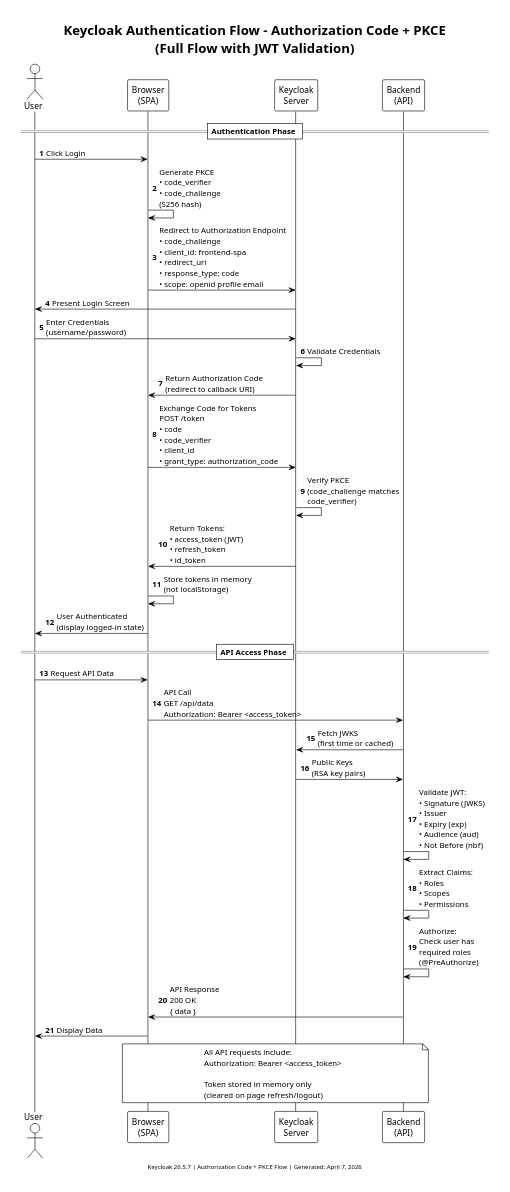
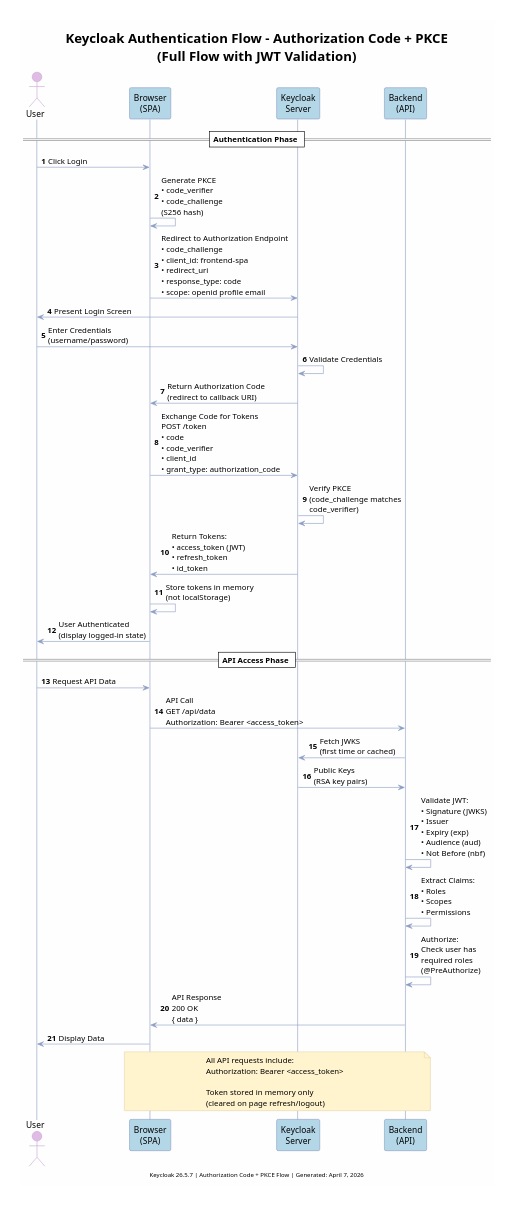
The diagram in documentation/diagrams/keycloak-sequence-full-flow.puml (tijapavicic/avro-rest-service), drawn with PlantUML before and after one commit. The commit also changed 17 other files, not shown here.

Commit message:
diagrams

```diff
--- a/documentation/diagrams/keycloak-sequence-full-flow.puml
+++ b/documentation/diagrams/keycloak-sequence-full-flow.puml
@@ -1,70 +1,90 @@
 @startuml keycloak-sequence-full-flow
 !theme plain
+
+skinparam backgroundColor #FEFEFE
+skinparam participant {
+    BackgroundColor #B4D7E8
+    BorderColor #8B9DC3
+}
+skinparam actor {
+    BackgroundColor #E0BBE4
+    BorderColor #C8A4D4
+}
+skinparam sequence {
+    ArrowColor #8B9DC3
+    LifeLineBorderColor #8B9DC3
+    LifeLineBackgroundColor #F0F0F0
+}
+skinparam note {
+    BackgroundColor #FFF4CD
+    BorderColor #E6D5AC
+}
+
 scale 0.3
 
 title Keycloak Authentication Flow - Authorization Code + PKCE\n(Full Flow with JWT Validation)
 
 actor User
 participant "Browser\n(SPA)" as Browser
 participant "Keycloak\nServer" as Keycloak
 participant "Backend\n(API)" as Backend
 
 autonumber
 
 == Authentication Phase ==
 
 User -> Browser: Click Login
 
 Browser -> Browser: Generate PKCE\n• code_verifier\n• code_challenge\n(S256 hash)
 
 Browser -> Keycloak: Redirect to Authorization Endpoint\n• code_challenge\n• client_id: frontend-spa\n• redirect_uri\n• response_type: code\n• scope: openid profile email
 
 Keycloak -> User: Present Login Screen
 
 User -> Keycloak: Enter Credentials\n(username/password)
 
 Keycloak -> Keycloak: Validate Credentials
 
 Keycloak -> Browser: Return Authorization Code\n(redirect to callback URI)
 
 Browser -> Keycloak: Exchange Code for Tokens\nPOST /token\n• code\n• code_verifier\n• client_id\n• grant_type: authorization_code
 
 Keycloak -> Keycloak: Verify PKCE\n(code_challenge matches\ncode_verifier)
 
 Keycloak -> Browser: Return Tokens:\n• access_token (JWT)\n• refresh_token\n• id_token
 
 Browser -> Browser: Store tokens in memory\n(not localStorage)
 
 Browser -> User: User Authenticated\n(display logged-in state)
 
 == API Access Phase ==
 
 User -> Browser: Request API Data
 
 Browser -> Backend: API Call\nGET /api/data\nAuthorization: Bearer <access_token>
 
 Backend -> Keycloak: Fetch JWKS\n(first time or cached)
 
 Keycloak -> Backend: Public Keys\n(RSA key pairs)
 
 Backend -> Backend: Validate JWT:\n• Signature (JWKS)\n• Issuer\n• Expiry (exp)\n• Audience (aud)\n• Not Before (nbf)
 
 Backend -> Backend: Extract Claims:\n• Roles\n• Scopes\n• Permissions
 
 Backend -> Backend: Authorize:\nCheck user has\nrequired roles\n(@PreAuthorize)
 
 Backend -> Browser: API Response\n200 OK\n{ data }
 
 Browser -> User: Display Data
 
 note over Browser, Backend
     All API requests include:
     Authorization: Bearer <access_token>
 
     Token stored in memory only
     (cleared on page refresh/logout)
 end note
 
 footer Keycloak 26.5.7 | Authorization Code + PKCE Flow | Generated: April 7, 2026
 
 @enduml
```
